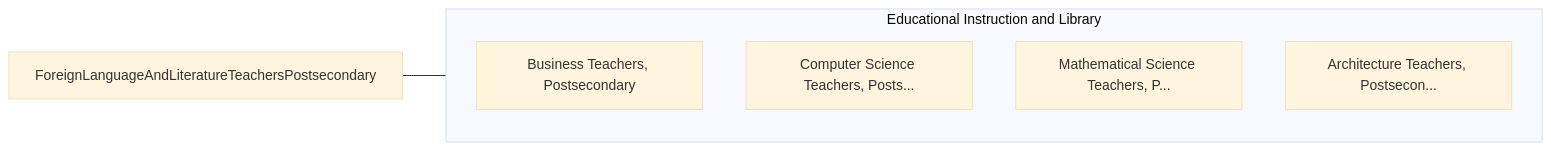
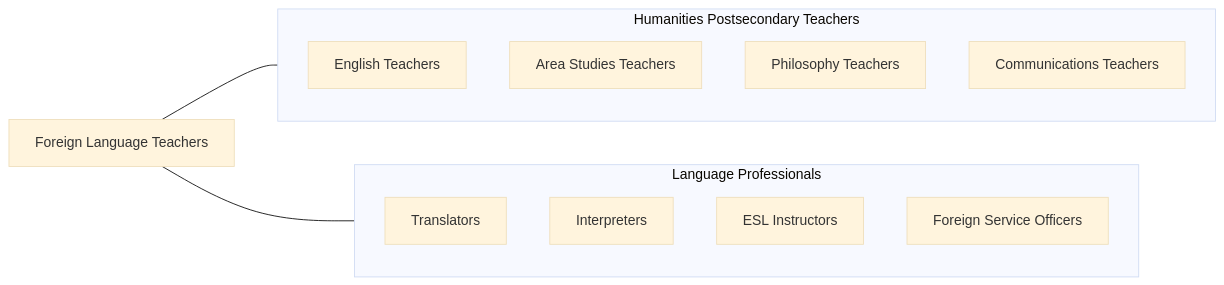
Before and after one commit to kziemski/business.org.ai: the fourth of 4 diagrams in occupations/Education/ForeignLanguageAndLiteratureTeachersPostsecondary.mdx, drawn with Mermaid (base theme). The commit also changed other lines of this file and 938 other files, not shown here.

````diff
--- a/occupations/Education/ForeignLanguageAndLiteratureTeachersPostsecondary.mdx
+++ b/occupations/Education/ForeignLanguageAndLiteratureTeachersPostsecondary.mdx
@@ -95,13 +169,21 @@
 ```mermaid
 graph LR
-    Current["ForeignLanguageAndLiteratureTeachersPostsecondary"]
+    Current["Foreign Language Teachers"]
 
-    subgraph SameCategory["Educational Instruction and Library"]
-        BusinessTeachersPost["Business Teachers, Postsecondary"]
-        ComputerScienceTeach["Computer Science Teachers, Posts..."]
-        MathematicalScienceT["Mathematical Science Teachers, P..."]
-        ArchitectureTeachers["Architecture Teachers, Postsecon..."]
+    subgraph SameCategory["Humanities Postsecondary Teachers"]
+        English["English Teachers"]
+        AreaStudies["Area Studies Teachers"]
+        Philosophy["Philosophy Teachers"]
+        Communications["Communications Teachers"]
+    end
+
+    subgraph CrossFunctional["Language Professionals"]
+        Translators["Translators"]
+        Interpreters["Interpreters"]
+        ESL["ESL Instructors"]
+        Diplomats["Foreign Service Officers"]
     end
 
     Current --- SameCategory
+    Current --- CrossFunctional
 ```
````
